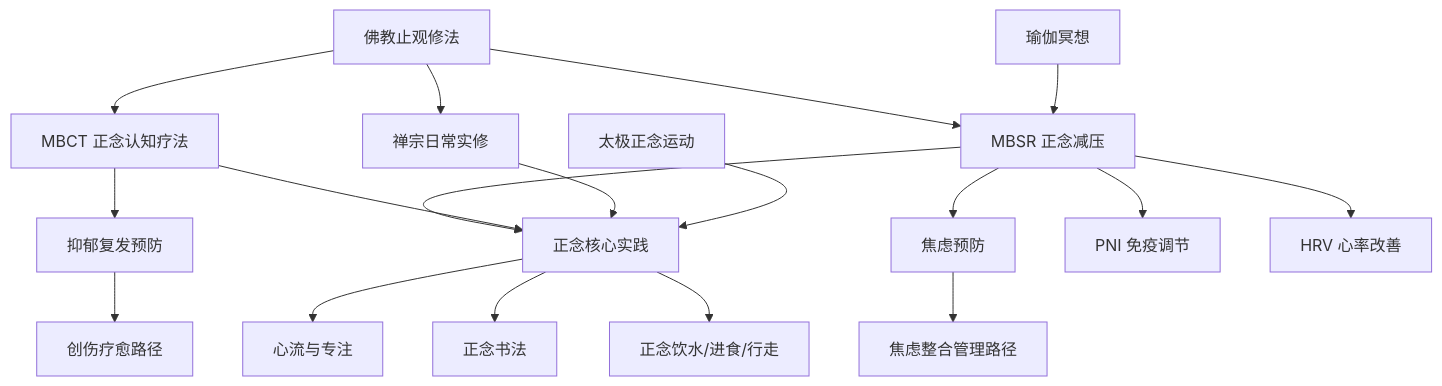
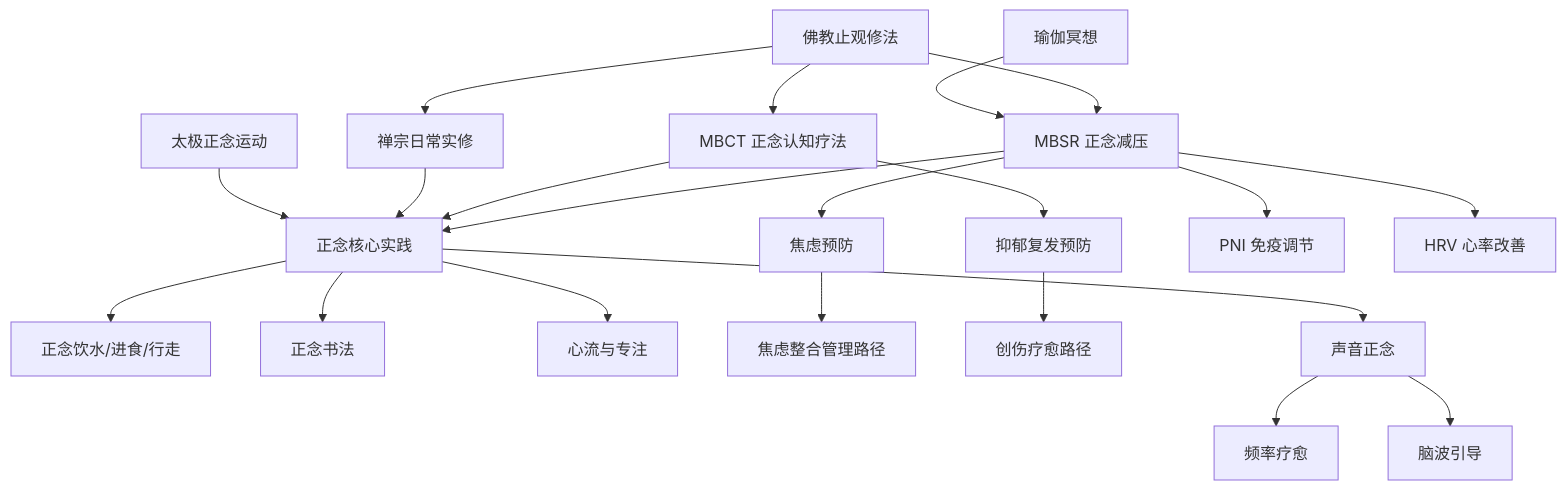
The diagram in _meta/topic-maps/Mindfulness_Ecosystem.md (peace-lab-global/peace-lab-database), drawn with Mermaid before and after one commit. The commit also changed other lines of this file and 26 other files, not shown here.

````diff
--- a/_meta/topic-maps/Mindfulness_Ecosystem.md
+++ b/_meta/topic-maps/Mindfulness_Ecosystem.md
@@ -9,20 +9,23 @@
 ```mermaid
 graph TB
     A[佛教止观修法] --> B[MBSR 正念减压]
     A --> C[MBCT 正念认知疗法]
     B --> D[正念核心实践]
     C --> D
     B --> E[焦虑预防]
     C --> F[抑郁复发预防]
     D --> G[正念饮水/进食/行走]
     D --> H[正念书法]
     D --> I[心流与专注]
     A --> J[禅宗日常实修]
     J --> D
     K[瑜伽冥想] --> B
     L[太极正念运动] --> D
     B --> M[PNI 免疫调节]
     B --> N[HRV 心率改善]
     E --> O[焦虑整合管理路径]
     F --> P[创伤疗愈路径]
+    D --> Q[声音正念]
+    Q --> R[频率疗愈]
+    Q --> S[脑波引导]
 ```
````
